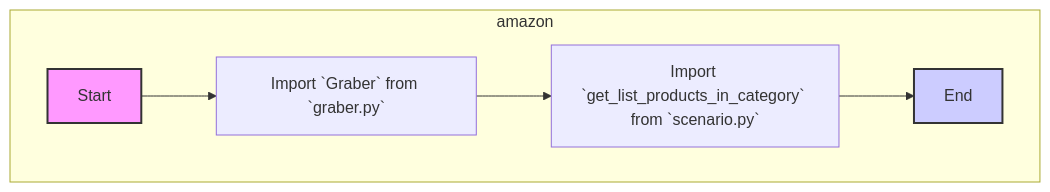
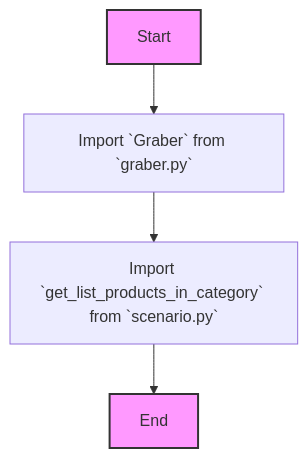
Before and after one commit to hypo69/hypo: the second of 2 diagrams in docs/gemini/ru/explainer/src/suppliers/amazon/__init__.py.md, drawn with Mermaid. The commit also changed other lines of this file and 1505 other files, not shown here.

````diff
--- a/docs/gemini/ru/explainer/src/suppliers/amazon/__init__.py.md
+++ b/docs/gemini/ru/explainer/src/suppliers/amazon/__init__.py.md
@@ -17,11 +28,9 @@
 ```mermaid
 flowchart TD
-    subgraph amazon
-        Start[Start] --> ImportGraber[Import `Graber` from `graber.py`];
-        ImportGraber --> ImportGetListProducts[Import `get_list_products_in_category` from `scenario.py`];
-        ImportGetListProducts --> End[End];
-    end
-
+    Start --> ImportGraber[Import `Graber` from `graber.py`];
+    ImportGraber --> ImportGetListProducts[Import `get_list_products_in_category` from `scenario.py`];
+    ImportGetListProducts --> End;
+    
     style Start fill:#f9f,stroke:#333,stroke-width:2px
-    style End fill:#ccf,stroke:#333,stroke-width:2px
+    style End fill:#f9f,stroke:#333,stroke-width:2px
 ```
````
